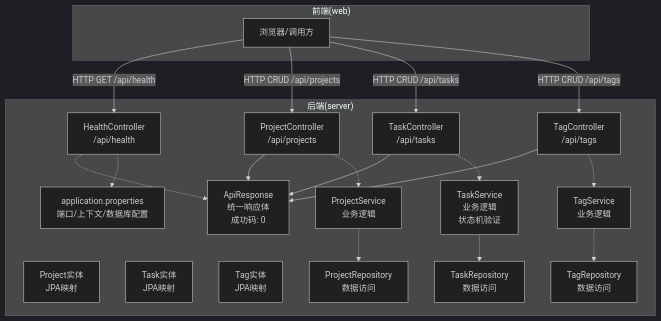
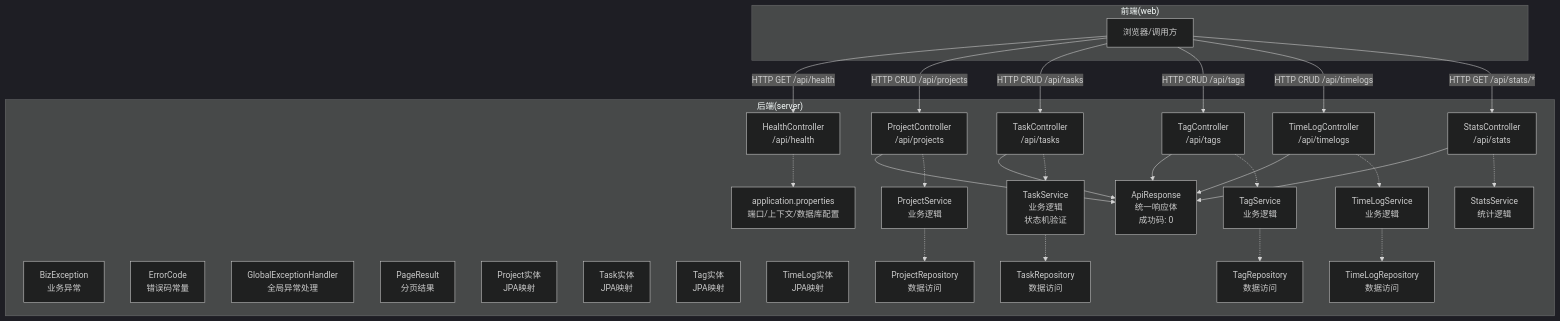
Before and after one commit to zhou9832/test1-qoder: the first of 3 diagrams in .qoder/repowiki/zh/content/后端架构/API控制器层.md, drawn with Mermaid (dark theme). The commit also changed other lines of this file and 51 other files, not shown here.

````diff
--- a/.qoder/repowiki/zh/content/后端架构/API控制器层.md
+++ b/.qoder/repowiki/zh/content/后端架构/API控制器层.md
@@ -62,38 +79,54 @@
 ```mermaid
 graph TB
 subgraph "后端(server)"
 A["HealthController<br/>/api/health"]
 B["ProjectController<br/>/api/projects"]
 C["TaskController<br/>/api/tasks"]
 D["TagController<br/>/api/tags"]
-E["ApiResponse<T><br/>统一响应体<br/>成功码: 0"]
-F["Project实体<br/>JPA映射"]
-G["Task实体<br/>JPA映射"]
-H["Tag实体<br/>JPA映射"]
-I["ProjectService<br/>业务逻辑"]
-J["TaskService<br/>业务逻辑<br/>状态机验证"]
-K["TagService<br/>业务逻辑"]
-L["ProjectRepository<br/>数据访问"]
-M["TaskRepository<br/>数据访问"]
-N["TagRepository<br/>数据访问"]
-O["application.properties<br/>端口/上下文/数据库配置"]
+E["TimeLogController<br/>/api/timelogs"]
+F["StatsController<br/>/api/stats"]
+G["BizException<br/>业务异常"]
+H["ErrorCode<br/>错误码常量"]
+I["GlobalExceptionHandler<br/>全局异常处理"]
+J["ApiResponse<T><br/>统一响应体<br/>成功码: 0"]
+K["PageResult<T><br/>分页结果"]
+L["Project实体<br/>JPA映射"]
+M["Task实体<br/>JPA映射"]
+N["Tag实体<br/>JPA映射"]
+O["TimeLog实体<br/>JPA映射"]
+P["ProjectService<br/>业务逻辑"]
+Q["TaskService<br/>业务逻辑<br/>状态机验证"]
+R["TagService<br/>业务逻辑"]
+S["TimeLogService<br/>业务逻辑"]
+T["StatsService<br/>统计逻辑"]
+U["ProjectRepository<br/>数据访问"]
+V["TaskRepository<br/>数据访问"]
+W["TagRepository<br/>数据访问"]
+X["TimeLogRepository<br/>数据访问"]
+Y["application.properties<br/>端口/上下文/数据库配置"]
 end
 subgraph "前端(web)"
-P["浏览器/调用方"]
+Z["浏览器/调用方"]
 end
-P --> |HTTP GET /api/health| A
-P --> |HTTP CRUD /api/projects| B
-P --> |HTTP CRUD /api/tasks| C
-P --> |HTTP CRUD /api/tags| D
-B --> E
-C --> E
-D --> E
-B -.-> I
-C -.-> J
-D -.-> K
-I -.-> L
-J -.-> M
-K -.-> N
-A -.-> E
-A -.-> O
+Z --> |HTTP GET /api/health| A
+Z --> |HTTP CRUD /api/projects| B
+Z --> |HTTP CRUD /api/tasks| C
+Z --> |HTTP CRUD /api/tags| D
+Z --> |HTTP CRUD /api/timelogs| E
+Z --> |HTTP GET /api/stats/*| F
+B --> J
+C --> J
+D --> J
+E --> J
+F --> J
+B -.-> P
+C -.-> Q
+D -.-> R
+E -.-> S
+F -.-> T
+P -.-> U
+Q -.-> V
+R -.-> W
+S -.-> X
+A -.-> Y
 ```
````
